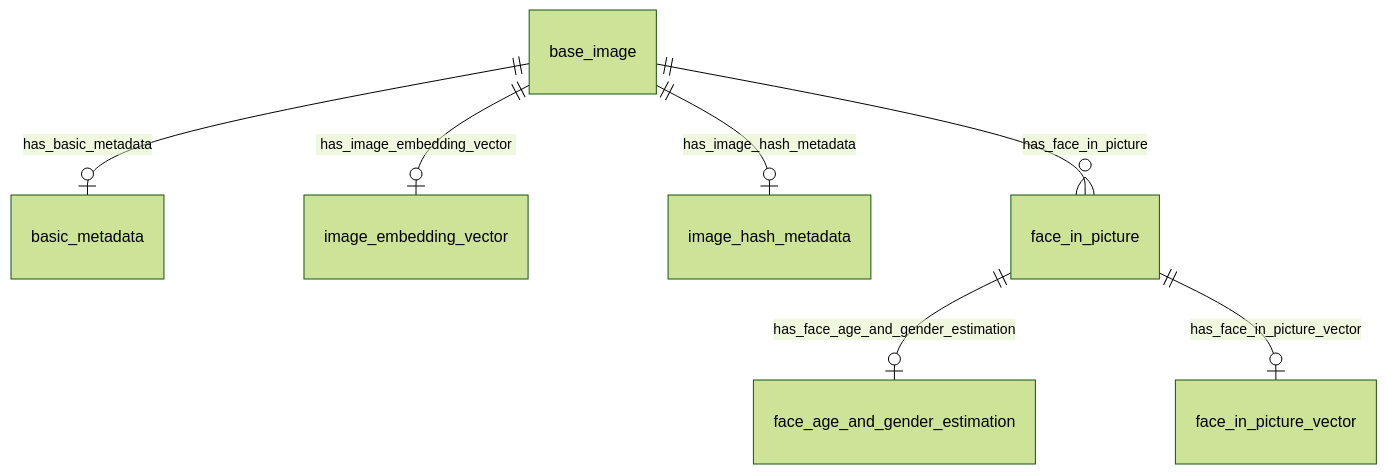
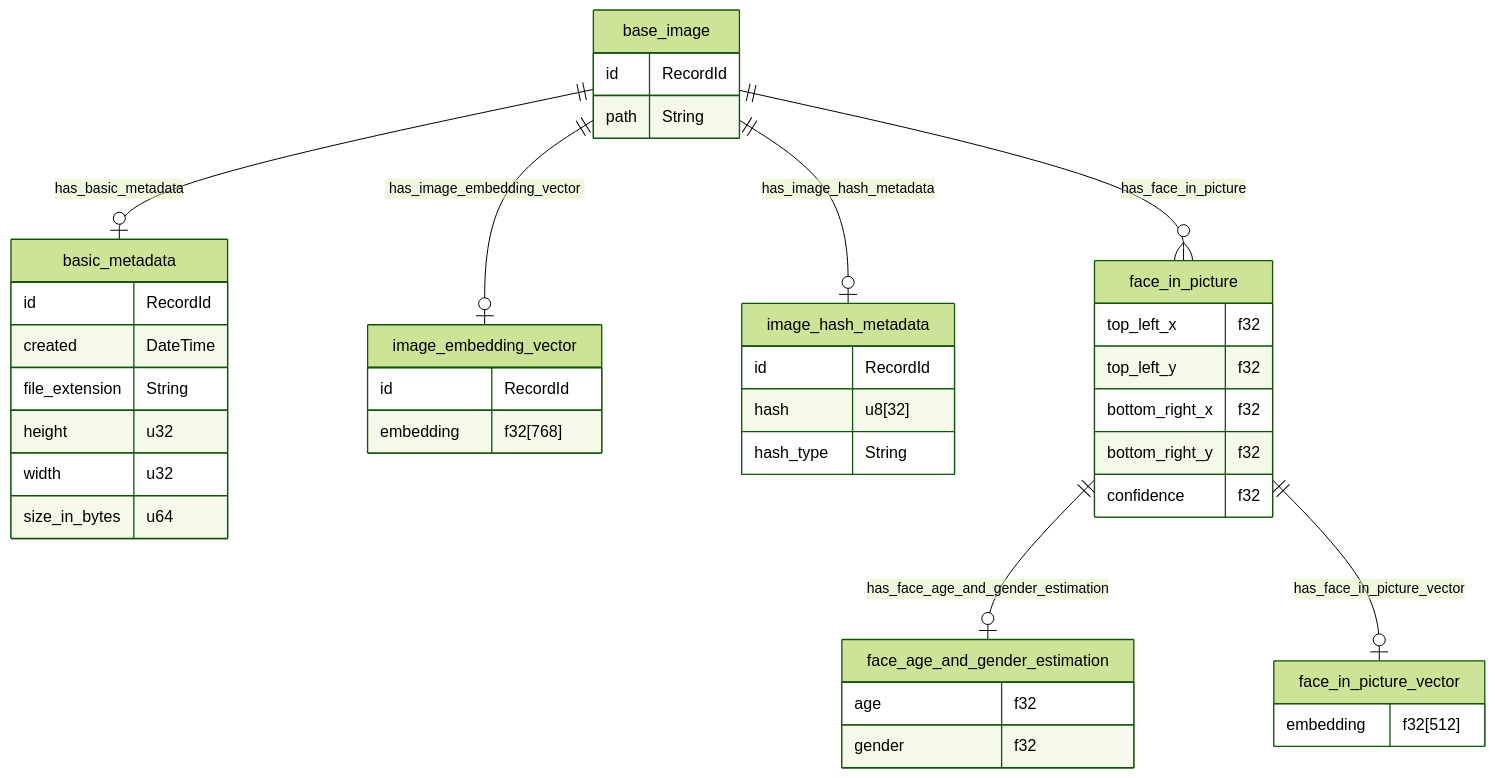
The diagram in docs/database.md (olFi95/image_search), drawn with Mermaid (forest theme) before and after one commit.

Commit message:
document database fields

````diff
--- a/docs/database.md
+++ b/docs/database.md
@@ -6,9 +6,46 @@
 ```mermaid
 erDiagram
+    base_image {
+        id RecordId
+        path String
+    }
+    basic_metadata {
+        id RecordId
+        created DateTime
+        file_extension String
+        height u32
+        width u32
+        size_in_bytes u64
+    }
+    image_embedding_vector {
+        id RecordId
+        embedding f32[768]
+    }
+    image_hash_metadata {
+        id RecordId
+        hash u8[32]
+        hash_type String
+    }
+    face_in_picture {
+        top_left_x f32
+        top_left_y f32
+        bottom_right_x f32
+        bottom_right_y f32
+        confidence f32
+    }
+    face_age_and_gender_estimation {
+        age f32
+        gender f32
+    }
+    face_in_picture_vector {
+        embedding f32[512]
+    }
+
     base_image      ||--o| basic_metadata : has_basic_metadata
     base_image      ||--o| image_embedding_vector : has_image_embedding_vector
     base_image      ||--o| image_hash_metadata : has_image_hash_metadata
     face_in_picture ||--o| face_age_and_gender_estimation : has_face_age_and_gender_estimation
     base_image      ||--o{ face_in_picture : has_face_in_picture
     face_in_picture ||--o| face_in_picture_vector : has_face_in_picture_vector
+
 ```
````
